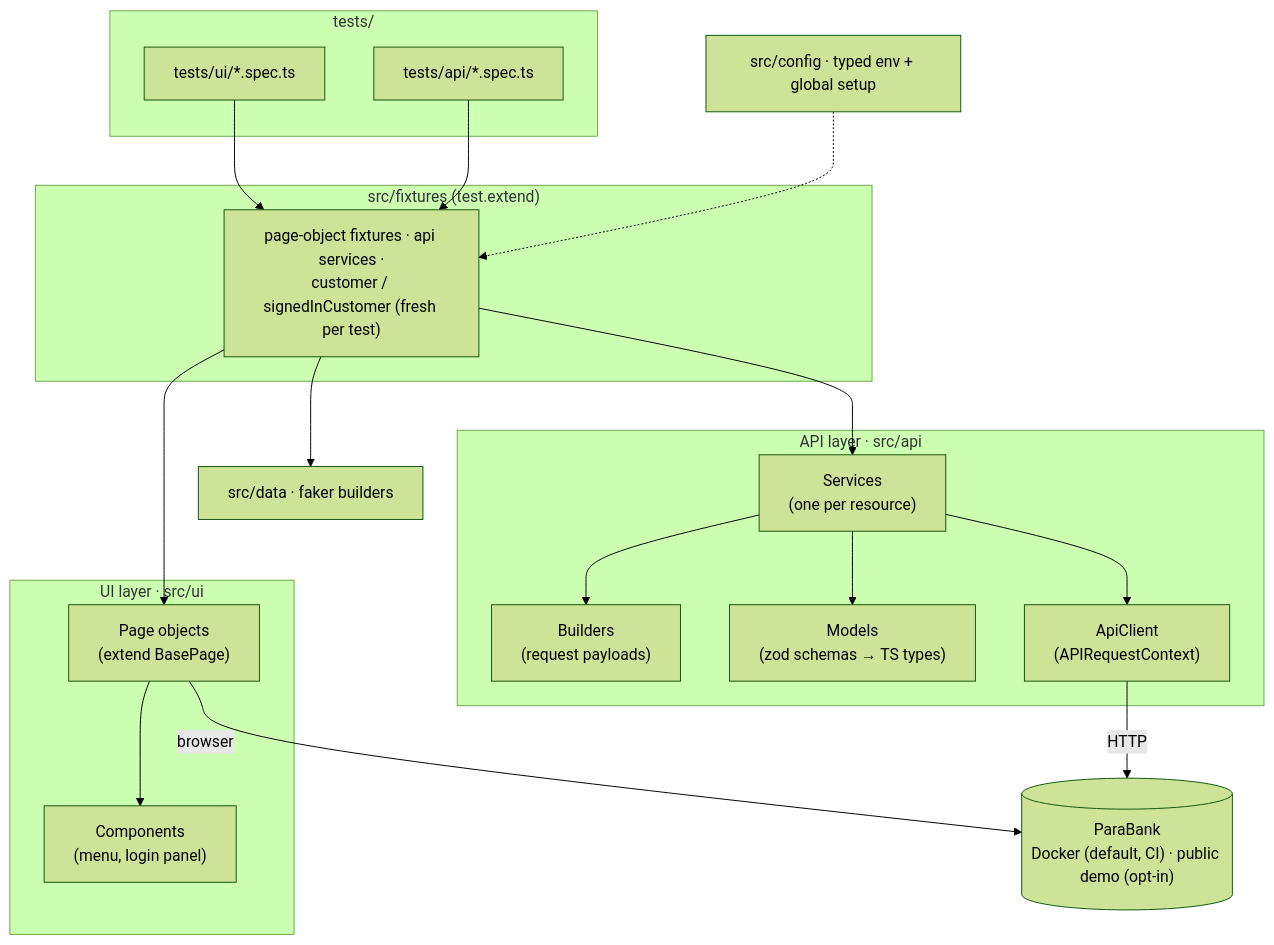
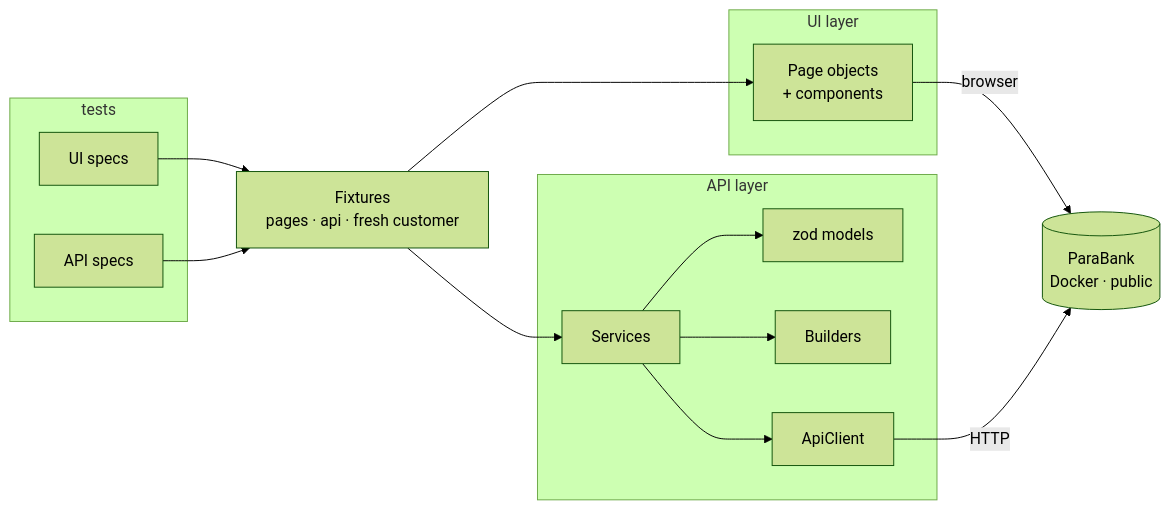
Before and after one commit to viengiang/playwright-ai-assisted-framework: the first of 2 diagrams in README.md, drawn with Mermaid (forest theme).

Commit message:
docs: use a compact left-to-right architecture diagram

````diff
--- a/README.md
+++ b/README.md
@@ -25,40 +25,23 @@
 ```mermaid
-flowchart TB
-  subgraph Specs["tests/"]
-    UI["tests/ui/*.spec.ts"]
-    API["tests/api/*.spec.ts"]
+flowchart LR
+  subgraph T[tests]
+    UI[UI specs]
+    API[API specs]
   end
-
-  subgraph Fixtures["src/fixtures (test.extend)"]
-    F["page-object fixtures · api services ·<br/>customer / signedInCustomer (fresh per test)"]
+  FX[Fixtures<br/>pages · api · fresh customer]
+  subgraph U[UI layer]
+    PO[Page objects<br/>+ components]
   end
-
-  subgraph UILayer["UI layer · src/ui"]
-    PO["Page objects<br/>(extend BasePage)"]
-    CMP["Components<br/>(menu, login panel)"]
+  subgraph A[API layer]
+    SVC[Services] --> MOD[zod models]
+    SVC --> BLD[Builders]
+    SVC --> CLI[ApiClient]
   end
-
-  subgraph APILayer["API layer · src/api"]
-    SVC["Services<br/>(one per resource)"]
-    BLD["Builders<br/>(request payloads)"]
-    MOD["Models<br/>(zod schemas → TS types)"]
-    CLI["ApiClient<br/>(APIRequestContext)"]
-  end
-
-  DATA["src/data · faker builders"]
-  CFG["src/config · typed env + global setup"]
-  SUT[("ParaBank<br/>Docker (default, CI) · public demo (opt-in)")]
-
-  UI --> F
-  API --> F
-  F --> PO
-  F --> SVC
-  F --> DATA
-  PO --> CMP
-  SVC --> BLD
-  SVC --> MOD
-  SVC --> CLI
+  SUT[(ParaBank<br/>Docker · public)]
+  UI --> FX
+  API --> FX
+  FX --> PO
+  FX --> SVC
   PO -- browser --> SUT
   CLI -- HTTP --> SUT
-  CFG -.-> F
 ```
````
